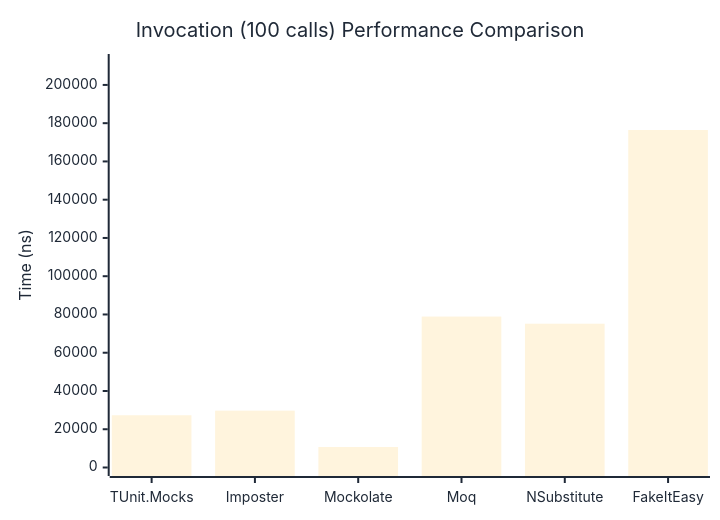
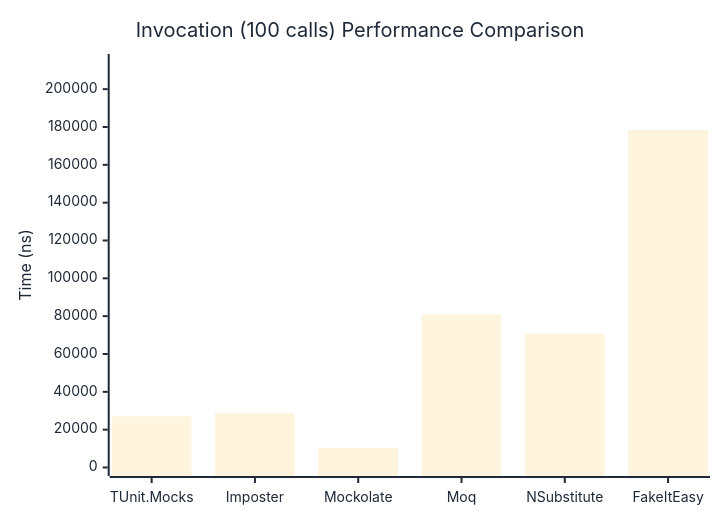
One commit to thomhurst/TUnit changed the third of 3 diagrams in docs/docs/benchmarks/mocks/Invocation.md. Above: the diagram before and after it, drawn with Mermaid. The commit also changed other lines of this file and 14 other files, not shown here.

````diff
--- a/docs/docs/benchmarks/mocks/Invocation.md
+++ b/docs/docs/benchmarks/mocks/Invocation.md
@@ -112,27 +112,27 @@
 ```mermaid
 %%{init: {
   'theme':'base',
   'themeVariables': {
     'primaryColor': '#2563eb',
     'primaryTextColor': '#1f2937',
     'primaryBorderColor': '#1e40af',
     'lineColor': '#6b7280',
     'secondaryColor': '#7c3aed',
     'tertiaryColor': '#dc2626',
     'background': '#ffffff',
     'pie1': '#2563eb',
     'pie2': '#7c3aed',
     'pie3': '#dc2626',
     'pie4': '#f59e0b',
     'pie5': '#10b981',
     'pie6': '#06b6d4',
     'pie7': '#ec4899',
     'pie8': '#6366f1'
   }
 }}%%
 xychart-beta
   title "Invocation (100 calls) Performance Comparison"
   x-axis ["TUnit.Mocks", "Imposter", "Mockolate", "Moq", "NSubstitute", "FakeItEasy"]
-  y-axis "Time (ns)" 0 --> 211722
-  bar [27313.01, 29713.79, 10720.1, 78900.23, 75178.99, 176434.93]
+  y-axis "Time (ns)" 0 --> 214088
+  bar [27119.94, 28877.92, 10425.92, 80932.02, 70858.46, 178405.95]
 ```
````
